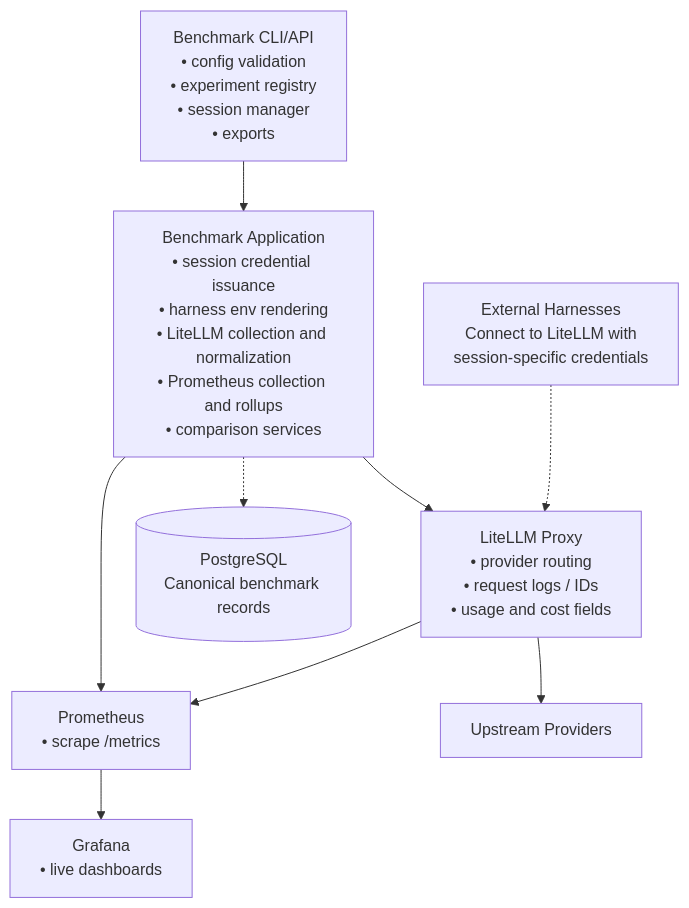
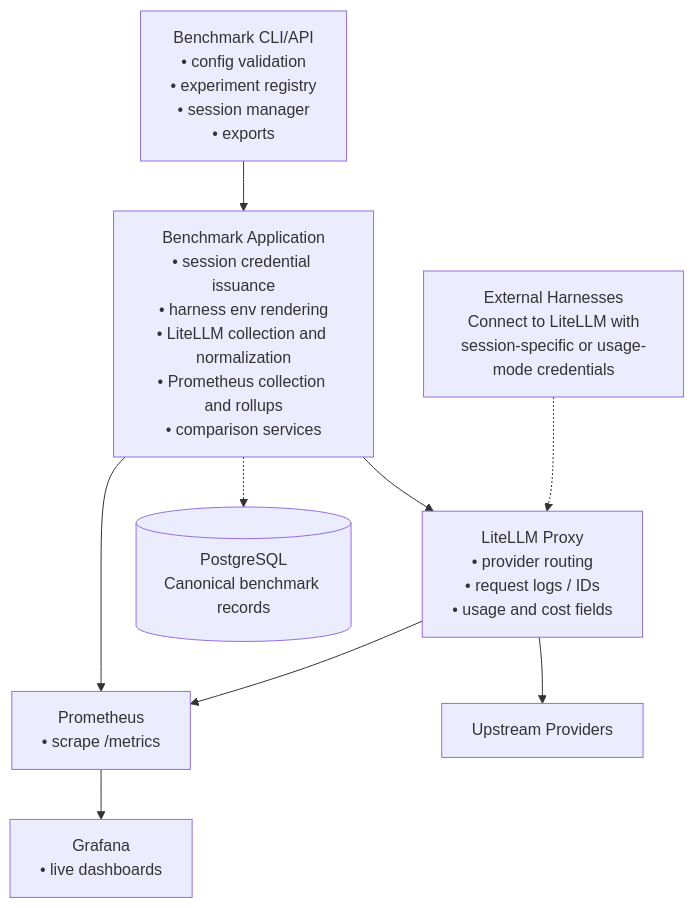
The diagram in docs/architecture.md (trilogy-group/StackPerf), drawn with Mermaid before and after one commit. The commit also changed other lines of this file and 4 other files, not shown here.

````diff
--- a/docs/architecture.md
+++ b/docs/architecture.md
@@ -96,28 +96,28 @@
 ```mermaid
 flowchart TD
     CLI[Benchmark CLI/API<br/>• config validation<br/>• experiment registry<br/>• session manager<br/>• exports]
     CLI --> APP
     
     APP[Benchmark Application<br/>• session credential issuance<br/>• harness env rendering<br/>• LiteLLM collection and normalization<br/>• Prometheus collection and rollups<br/>• comparison services]
     
     APP --> PROXY
     APP --> PROM
     
     PROXY[LiteLLM Proxy<br/>• provider routing<br/>• request logs / IDs<br/>• usage and cost fields]
     PROM[Prometheus<br/>• scrape /metrics]
     
     PROXY --> PROM
     PROXY --> UPSTREAM
     
     UPSTREAM[Upstream Providers]
     
     PROM --> GRAFANA
     
     GRAFANA[Grafana<br/>• live dashboards]
     
     DB[(PostgreSQL<br/>Canonical benchmark records)]
-    HARNESS[External Harnesses<br/>Connect to LiteLLM with<br/>session-specific credentials]
+    HARNESS[External Harnesses<br/>Connect to LiteLLM with<br/>session-specific or usage-mode credentials]
     
     HARNESS -.-> PROXY
     APP -.-> DB
 ```
````
